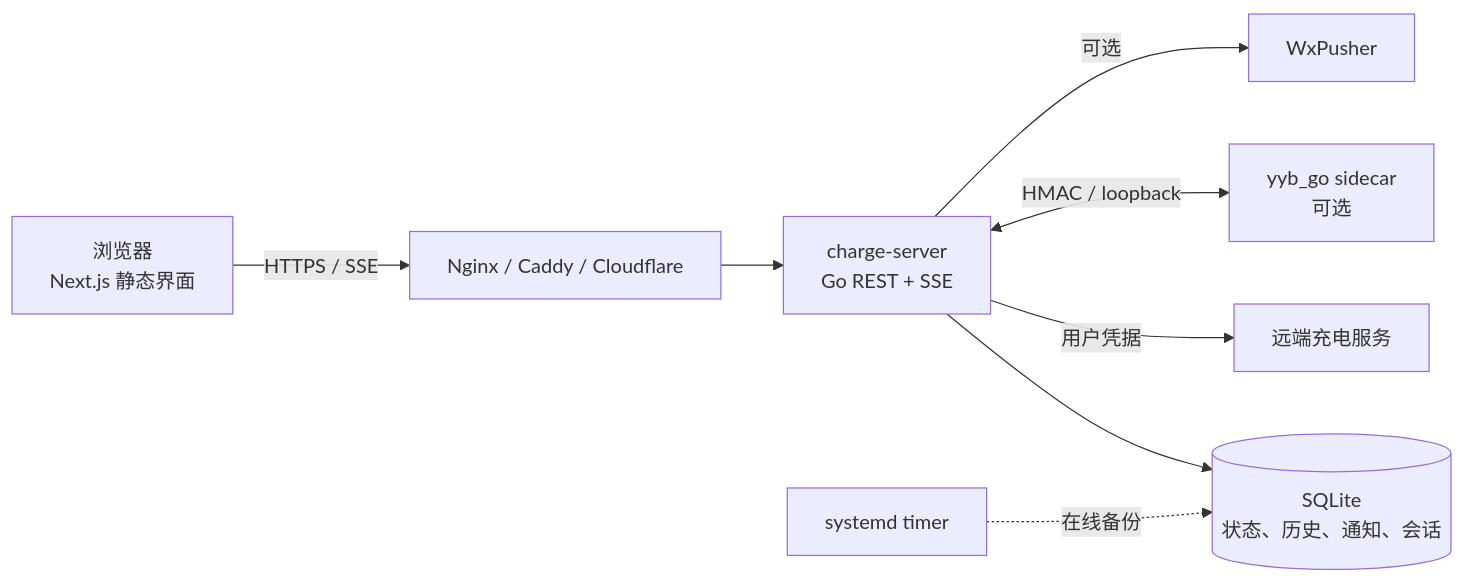
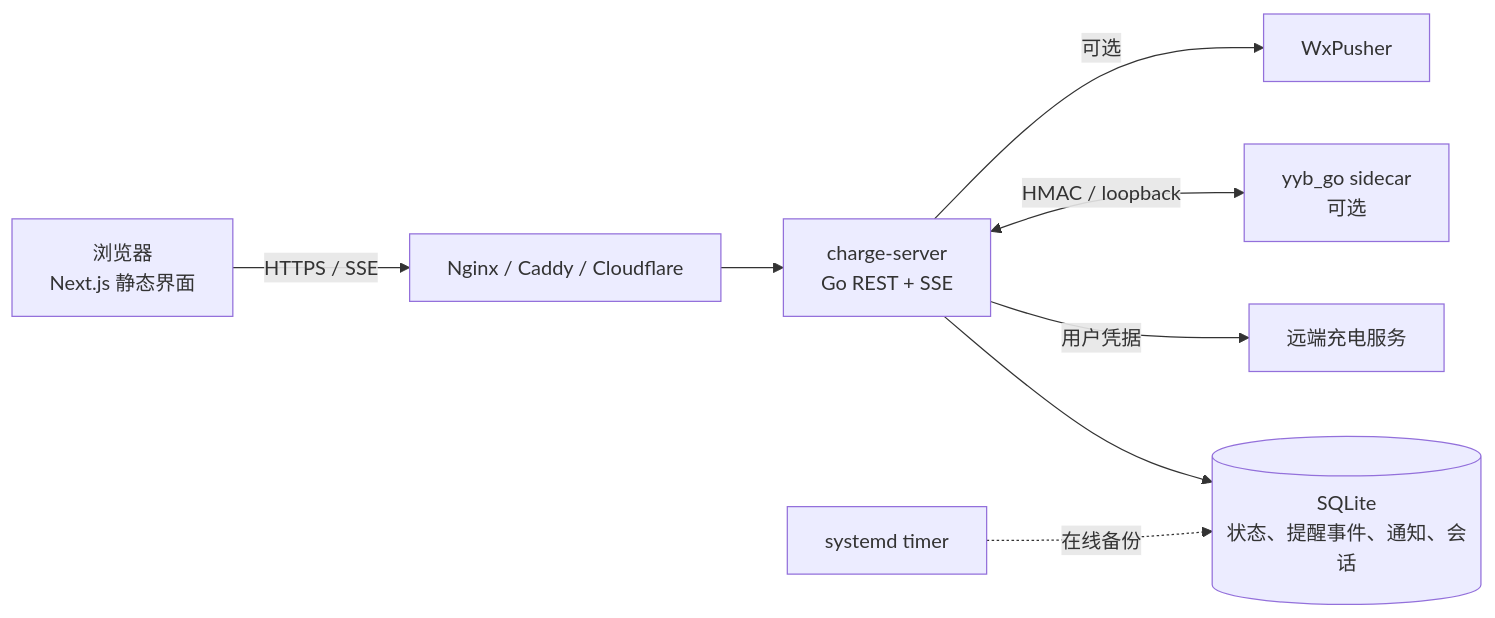
The diagram in README.md (ninuan/charge-api), drawn with Mermaid before and after one commit. The commit also changed other lines of this file and 73 other files, not shown here.

````diff
--- a/README.md
+++ b/README.md
@@ -199,10 +201,10 @@
 ```mermaid
 flowchart LR
   Browser["浏览器<br/>Next.js 静态界面"] -->|HTTPS / SSE| Proxy["Nginx / Caddy / Cloudflare"]
   Proxy --> API["charge-server<br/>Go REST + SSE"]
-  API --> DB[("SQLite<br/>状态、历史、通知、会话")]
+  API --> DB[("SQLite<br/>状态、提醒事件、通知、会话")]
   API -->|用户凭据| Remote["远端充电服务"]
   API <-->|HMAC / loopback| YYB["yyb_go sidecar<br/>可选"]
   API -->|可选| WxPusher["WxPusher"]
   Backup["systemd timer"] -. 在线备份 .-> DB
 ```
````
